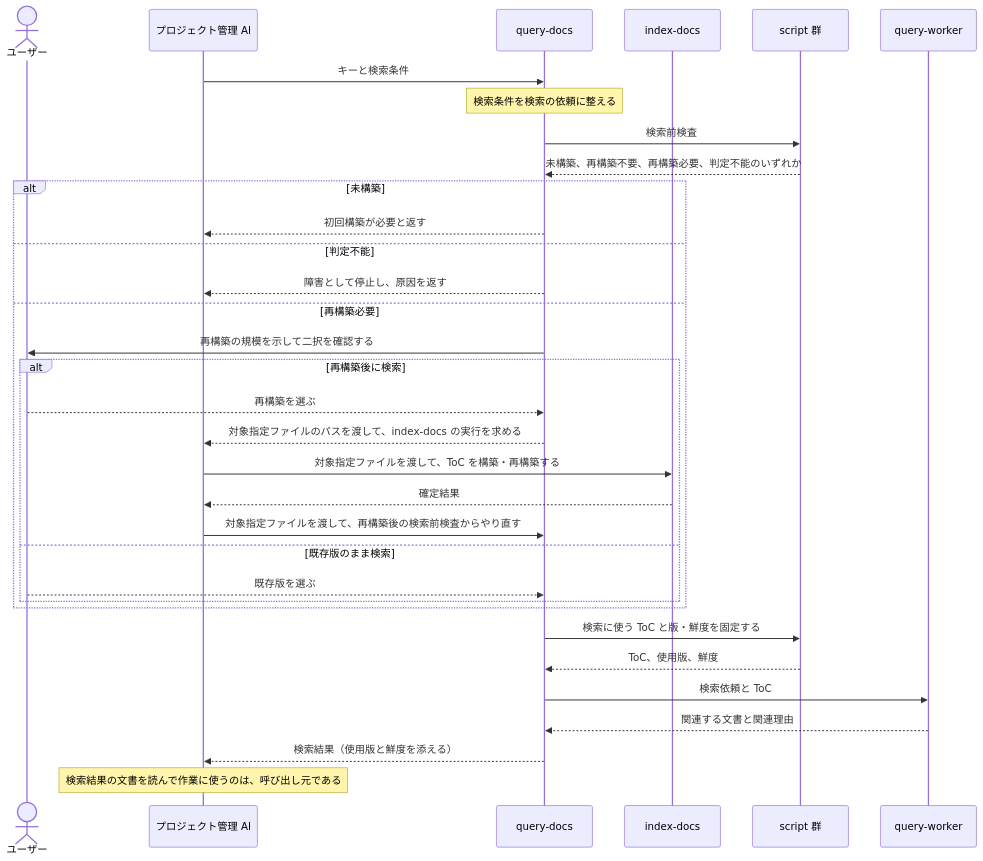
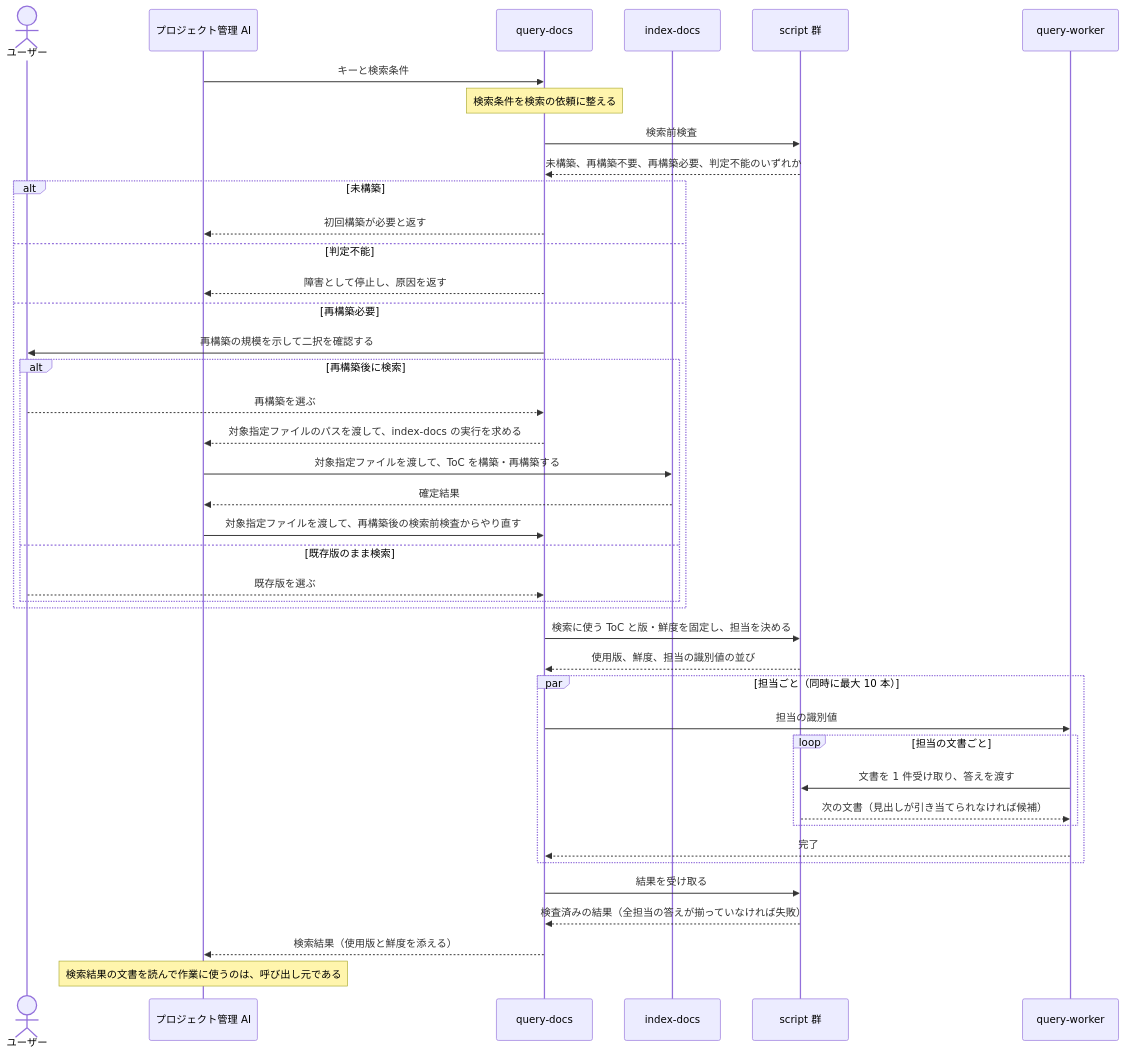
The fourth of 10 diagrams in docs/specs/design/DES-010_skill-composition.md (BlueEventHorizon/doc-link), drawn with Mermaid before and after one commit. The commit also changed other lines of this file and 55 other files, not shown here.

````diff
--- a/docs/specs/design/DES-010_skill-composition.md
+++ b/docs/specs/design/DES-010_skill-composition.md
@@ -217,36 +217,44 @@
 ```mermaid
 sequenceDiagram
     actor User as ユーザー
     participant PM as プロジェクト管理 AI
     participant Skill as query-docs
     participant Index as index-docs
     participant Scripts as script 群
     participant Worker as query-worker
 
     PM->>Skill: キーと検索条件
     Note over Skill: 検索条件を検索の依頼に整える
     Skill->>Scripts: 検索前検査
     Scripts-->>Skill: 未構築、再構築不要、再構築必要、判定不能のいずれか
     alt 未構築
         Skill-->>PM: 初回構築が必要と返す
     else 判定不能
         Skill-->>PM: 障害として停止し、原因を返す
     else 再構築必要
         Skill->>User: 再構築の規模を示して二択を確認する
         alt 再構築後に検索
             User-->>Skill: 再構築を選ぶ
             Skill-->>PM: 対象指定ファイルのパスを渡して、index-docs の実行を求める
             PM->>Index: 対象指定ファイルを渡して、ToC を構築・再構築する
             Index-->>PM: 確定結果
             PM->>Skill: 対象指定ファイルを渡して、再構築後の検索前検査からやり直す
         else 既存版のまま検索
             User-->>Skill: 既存版を選ぶ
         end
     end
-    Skill->>Scripts: 検索に使う ToC と版・鮮度を固定する
-    Scripts-->>Skill: ToC、使用版、鮮度
-    Skill->>Worker: 検索依頼と ToC
-    Worker-->>Skill: 関連する文書と関連理由
+    Skill->>Scripts: 検索に使う ToC と版・鮮度を固定し、担当を決める
+    Scripts-->>Skill: 使用版、鮮度、担当の識別値の並び
+    par 担当ごと（同時に最大 10 本）
+        Skill->>Worker: 担当の識別値
+        loop 担当の文書ごと
+            Worker->>Scripts: 文書を 1 件受け取り、答えを渡す
+            Scripts-->>Worker: 次の文書（見出しが引き当てられなければ候補）
+        end
+        Worker-->>Skill: 完了
+    end
+    Skill->>Scripts: 結果を受け取る
+    Scripts-->>Skill: 検査済みの結果（全担当の答えが揃っていなければ失敗）
     Skill-->>PM: 検索結果（使用版と鮮度を添える）
     Note over PM: 検索結果の文書を読んで作業に使うのは、呼び出し元である
 ```
````
